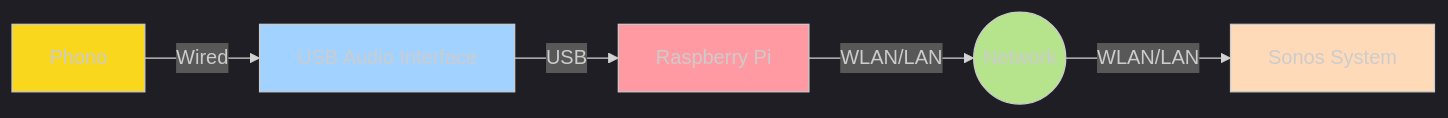
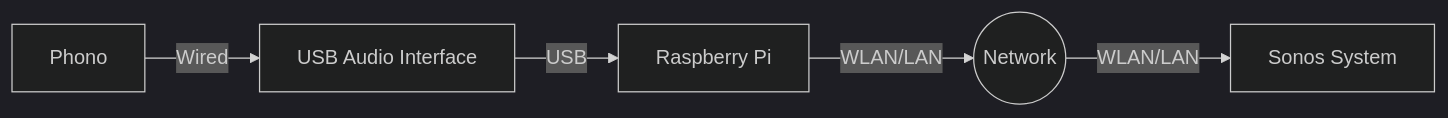
Before and after one commit to StStME/phonos: the diagram in README.md, drawn with Mermaid. The commit also changed other lines of this file, not shown here.

Commit message:
remove styles from mermaid chart

````diff
--- a/README.md
+++ b/README.md
@@ -10,14 +10,11 @@
 ```mermaid
 %%{init: {'theme':'dark'}}%%
- flowchart LR
-    Phono[Phono] -->|Wired| USBAudio[USB Audio Interface]
-    USBAudio -->|USB| RaspberryPi[Raspberry Pi]
-    RaspberryPi -->|WLAN/LAN| Network((Network))
-    Network -->|WLAN/LAN| Sonos[Sonos System]
 
-    style Phono fill:#f9d71c
-    style USBAudio fill:#a2d2ff
-    style RaspberryPi fill:#ff9aa2
-    style Network fill:#b5e48c
-    style Sonos fill:#ffdab9
+    flowchart LR
+        Phono[Phono] -->|Wired| USBAudio[USB Audio Interface]
+        USBAudio -->|USB| RaspberryPi[Raspberry Pi]
+        RaspberryPi -->|WLAN/LAN| Network((Network))
+        Network -->|WLAN/LAN| Sonos[Sonos System]
+
+     
 ```
````
